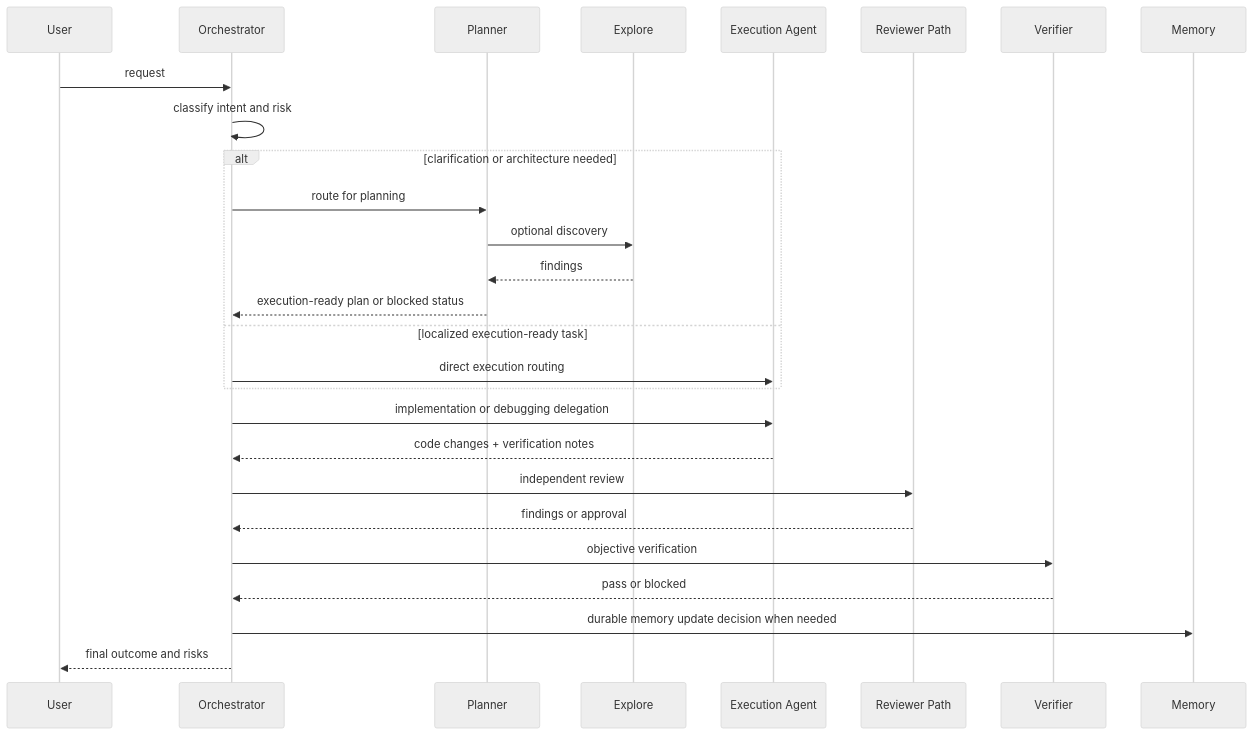
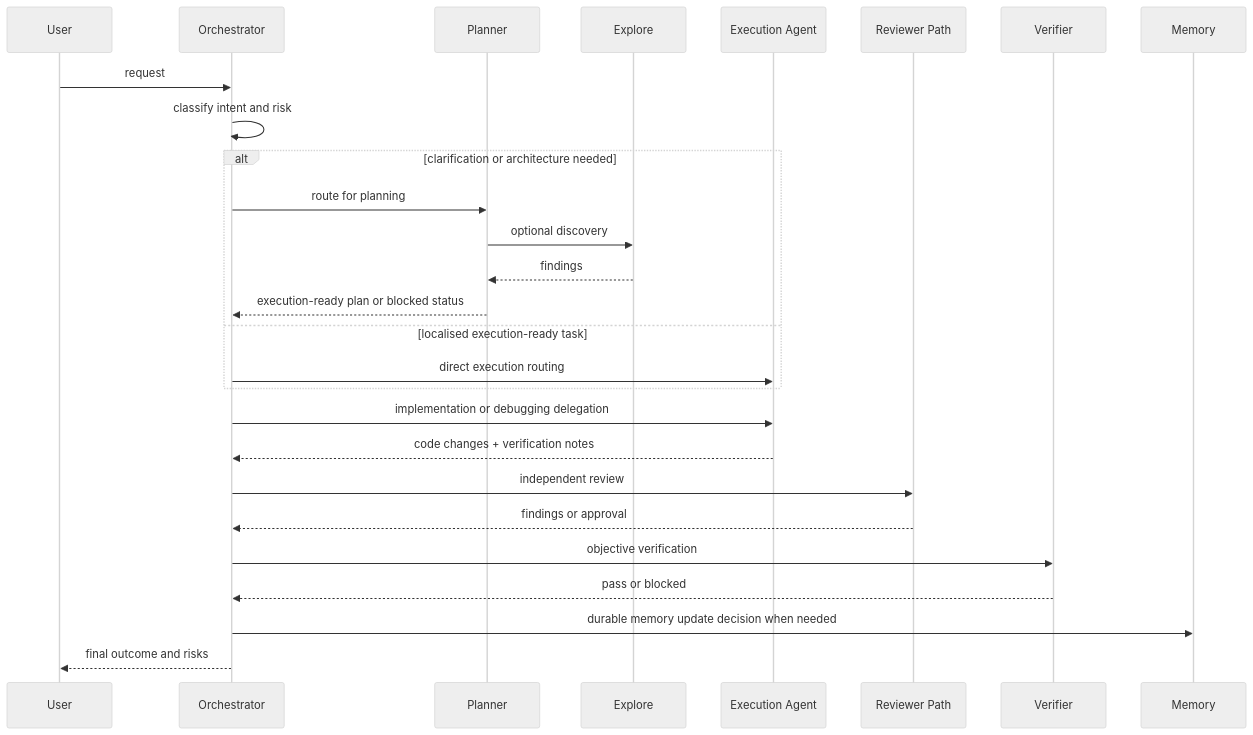
One commit to JOHNEPPILLAR/the-synth-eng-core changed the third of 6 diagrams in docs/architecture.md. Above: the diagram before and after it, drawn with Mermaid (neutral theme). The commit also changed other lines of this file and 25 other files, not shown here.

Commit message:
Enhance clarity in planning and verification processes and introduce a new whiteboard architecture document outlining the system's design and operational principles.

````diff
--- a/docs/architecture.md
+++ b/docs/architecture.md
@@ -109,31 +109,31 @@
 ```mermaid
 sequenceDiagram
     participant U as User
     participant O as Orchestrator
     participant P as Planner
     participant E as Explore
     participant X as Execution Agent
     participant R as Reviewer Path
     participant V as Verifier
     participant M as Memory
 
     U->>O: request
     O->>O: classify intent and risk
     alt clarification or architecture needed
         O->>P: route for planning
         P->>E: optional discovery
         E-->>P: findings
         P-->>O: execution-ready plan or blocked status
-    else localized execution-ready task
+    else localised execution-ready task
         O->>X: direct execution routing
     end
 
     O->>X: implementation or debugging delegation
     X-->>O: code changes + verification notes
     O->>R: independent review
     R-->>O: findings or approval
     O->>V: objective verification
     V-->>O: pass or blocked
     O->>M: durable memory update decision when needed
     O-->>U: final outcome and risks
 ```
````
